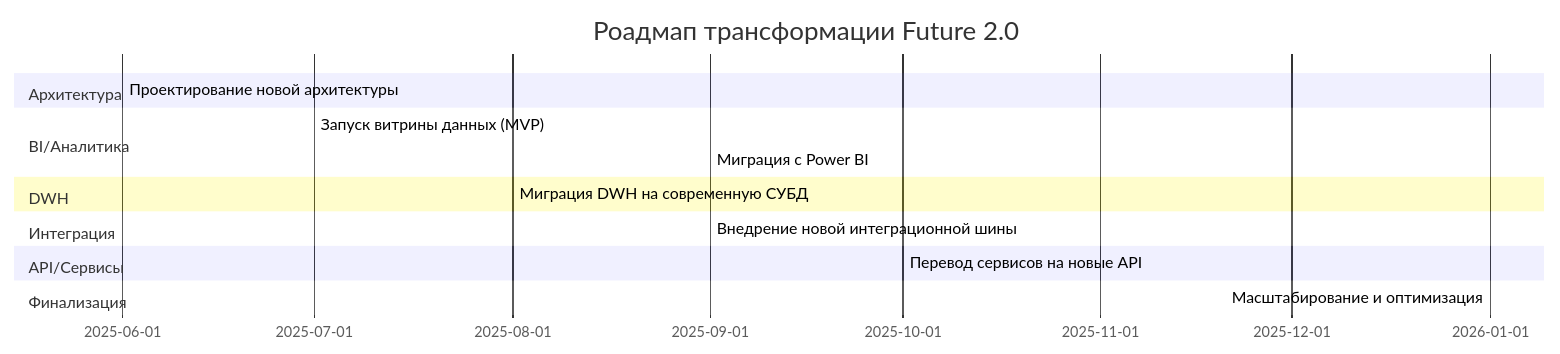
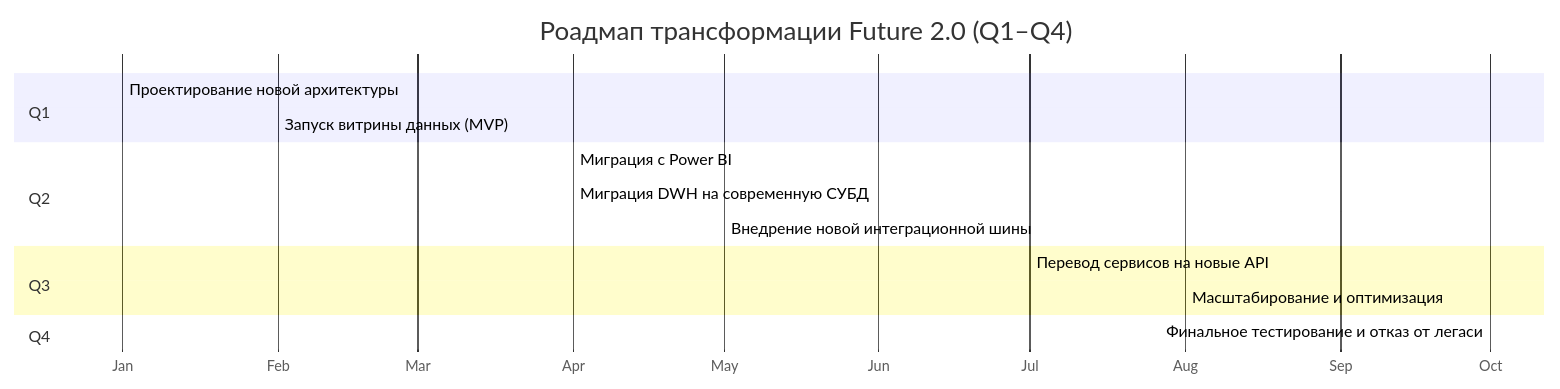
The diagram in Task3/roadmap.md (winte256/architecture-future_2_0), drawn with Mermaid before and after one commit. The commit also changed other lines of this file, not shown here.

````diff
--- a/Task3/roadmap.md
+++ b/Task3/roadmap.md
@@ -3,18 +3,22 @@
 ```mermaid
 gantt
-    title Роадмап трансформации Future 2.0
-    dateFormat  YYYY-MM
-    section Архитектура
-    Проектирование новой архитектуры      :a1, 2025-06, 1m
-    section BI/Аналитика
-    Запуск витрины данных (MVP)           :a2, 2025-07, 2m
-    Миграция с Power BI                   :a3, 2025-09, 2m
-    section DWH
-    Миграция DWH на современную СУБД      :a4, 2025-08, 4m
-    section Интеграция
-    Внедрение новой интеграционной шины   :a5, 2025-09, 3m
-    section API/Сервисы
-    Перевод сервисов на новые API         :a6, 2025-10, 3m
-    section Финализация
-    Масштабирование и оптимизация         :a7, 2026-01, 2m
+title Роадмап трансформации Future 2.0 (Q1–Q4)
+dateFormat YYYY-MM
+axisFormat %b
+
+section Q1
+Проектирование новой архитектуры :a1, 2025-01, 1.5m
+Запуск витрины данных (MVP) :a2, 2025-02, 1.5m
+
+section Q2
+Миграция с Power BI :a3, 2025-04, 2m
+Миграция DWH на современную СУБД :a4, 2025-04, 3m
+Внедрение новой интеграционной шины :a5, 2025-05, 2m
+
+section Q3
+Перевод сервисов на новые API :a6, 2025-07, 2m
+Масштабирование и оптимизация :a7, 2025-08, 2m
+
+section Q4
+Финальное тестирование и отказ от легаси :a8, 2025-10, 2m
 ```
````
